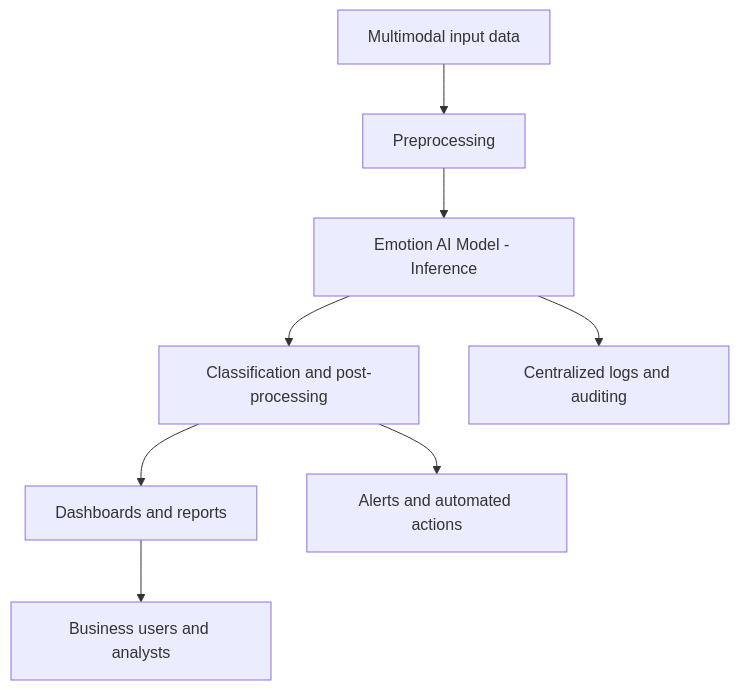
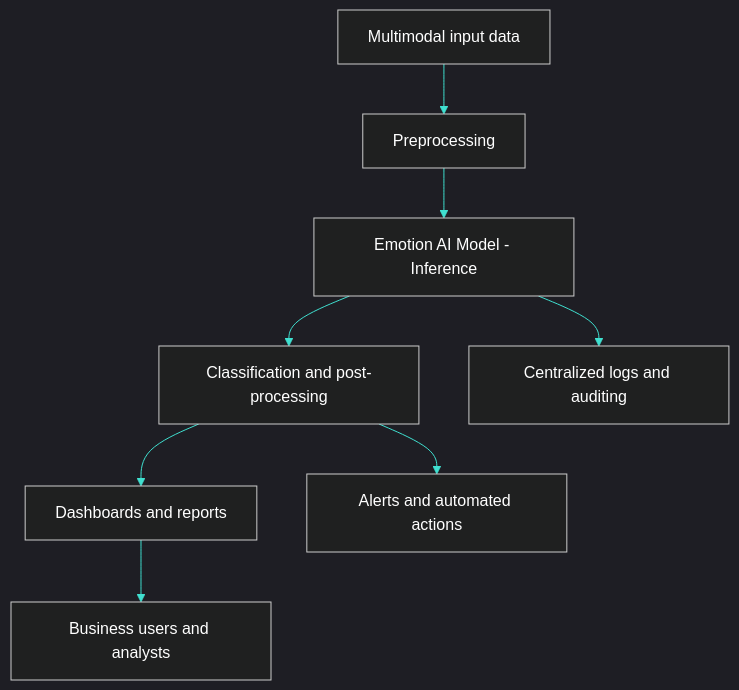
Before and after one commit to Mindful-AI-Assistants/Project-Startup-Mindful-Emotional-AI-Scalable-Ethical-InferenceOps: the third of 5 diagrams in README.md, drawn with Mermaid. The commit also changed other lines of this file, not shown here.

````diff
--- a/README.md
+++ b/README.md
@@ -452,11 +451,11 @@
 ```mermaid
-%%{init: {'theme': 'dark', 'themeVariables': { 'primaryColor': '\#40E0D0', 'primaryBorderColor': '\#40E0D0', 'lineColor': '\#40E0D0', 'textColor': '\#FFFFFF', 'tertiaryColor': '\#40E0D0'}}}%%
+%%{init: {'theme': 'dark', 'themeVariables': { 'primaryColor': '#40E0D0', 'primaryBorderColor': '#40E0D0', 'lineColor': '#40E0D0', 'textColor': '#FFFFFF', 'tertiaryColor': '#40E0D0'}}}%%
 flowchart TD
-Input[Multimodal input data] --> Preprocess[Preprocessing]
-Preprocess --> Inference[Emotion AI Model - Inference]
-Inference --> Postprocess[Classification and post-processing]
-Postprocess --> Dashboard[Dashboards and reports]
-Postprocess --> Alerts[Alerts and automated actions]
-Inference --> Logs[Centralized logs and auditing]
-Dashboard --> Users[Business users and analysts]
+    Input[Multimodal input data] --> Preprocess[Preprocessing]
+    Preprocess --> Inference[Emotion AI Model - Inference]
+    Inference --> Postprocess[Classification and post-processing]
+    Postprocess --> Dashboard[Dashboards and reports]
+    Postprocess --> Alerts[Alerts and automated actions]
+    Inference --> Logs[Centralized logs and auditing]
+    Dashboard --> Users[Business users and analysts]
 ```
````
